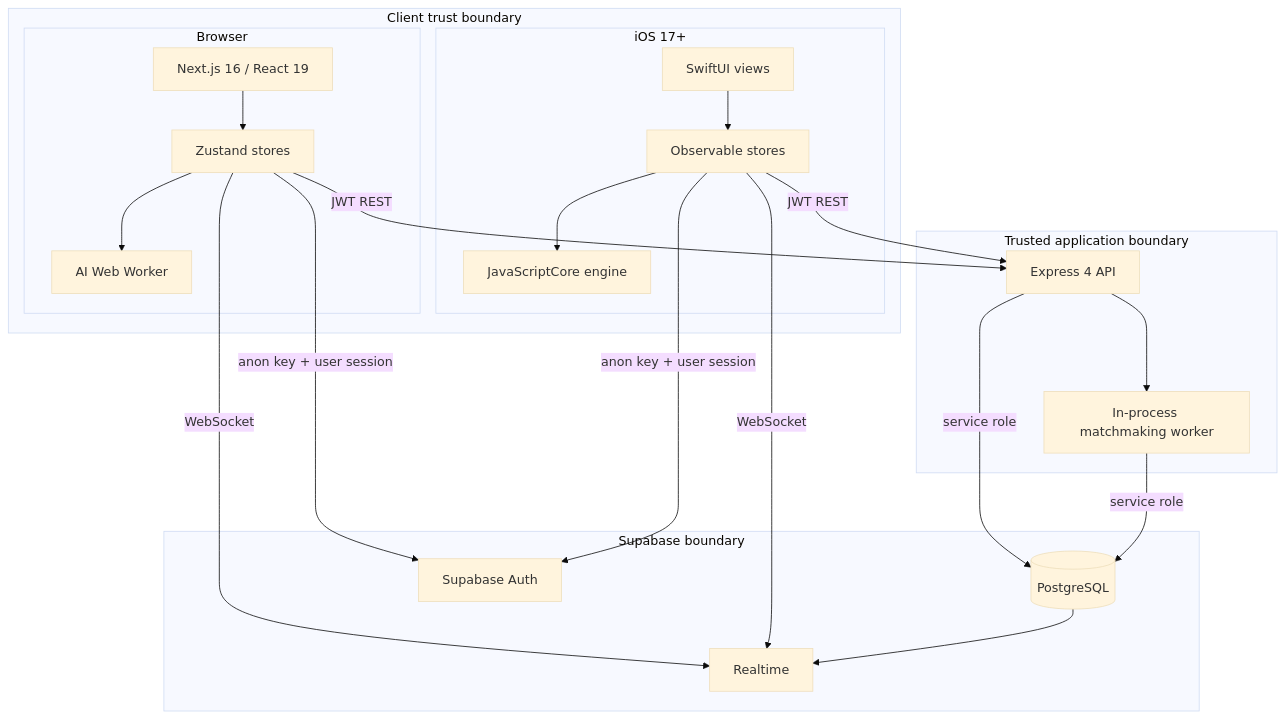
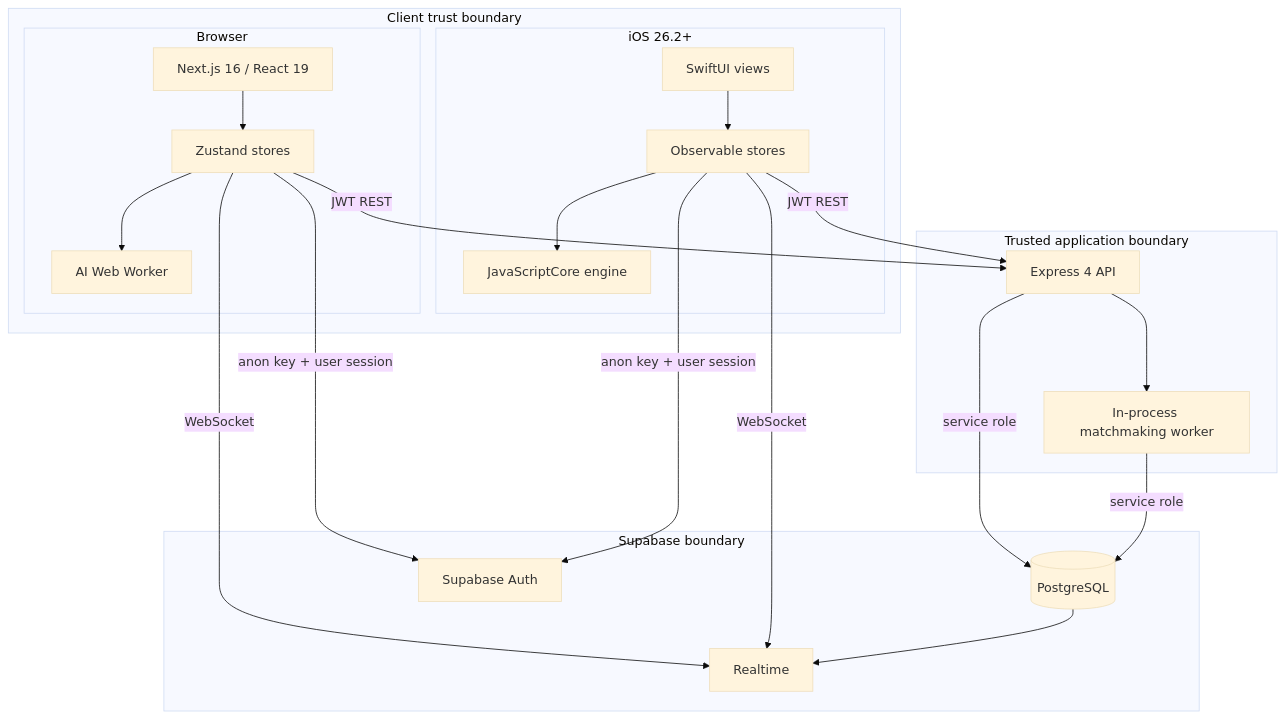
Before and after one commit to sanketmuchhala/Raichu: the second of 4 diagrams in docs/architecture/system-design.md, drawn with Mermaid (base theme). The commit also changed 54 other files, not shown here.

````diff
--- a/docs/architecture/system-design.md
+++ b/docs/architecture/system-design.md
@@ -31,41 +31,41 @@
 ```mermaid
 flowchart TB
     subgraph Client[Client trust boundary]
         subgraph Browser[Browser]
             Next[Next.js 16 / React 19]
             Stores[Zustand stores]
             Worker[AI Web Worker]
             Next --> Stores
             Stores --> Worker
         end
-        subgraph Native[iOS 17+]
+        subgraph Native[iOS 26.2+]
             SwiftUI[SwiftUI views]
             SwiftStores[Observable stores]
             JSCore[JavaScriptCore engine]
             SwiftUI --> SwiftStores
             SwiftStores --> JSCore
         end
     end
 
     subgraph Server[Trusted application boundary]
         Express[Express 4 API]
         Matchmaker[In-process matchmaking worker]
         Express --> Matchmaker
     end
 
     subgraph Data[Supabase boundary]
         PG[(PostgreSQL)]
         SA[Supabase Auth]
         RT[Realtime]
     end
 
     Stores -->|JWT REST| Express
     SwiftStores -->|JWT REST| Express
     Stores -->|anon key + user session| SA
     SwiftStores -->|anon key + user session| SA
     Stores -->|WebSocket| RT
     SwiftStores -->|WebSocket| RT
     Express -->|service role| PG
     Matchmaker -->|service role| PG
     PG --> RT
 ```
````
